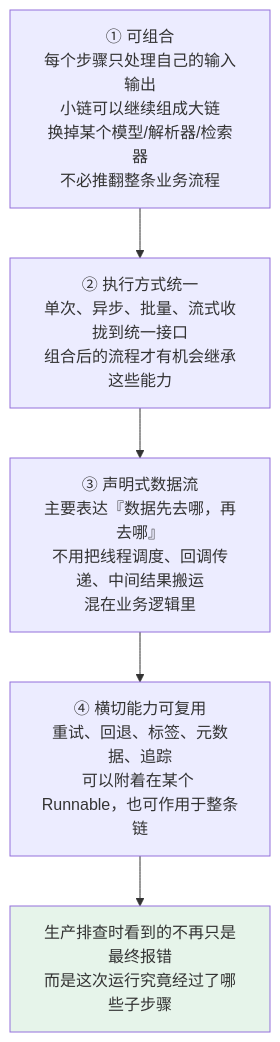
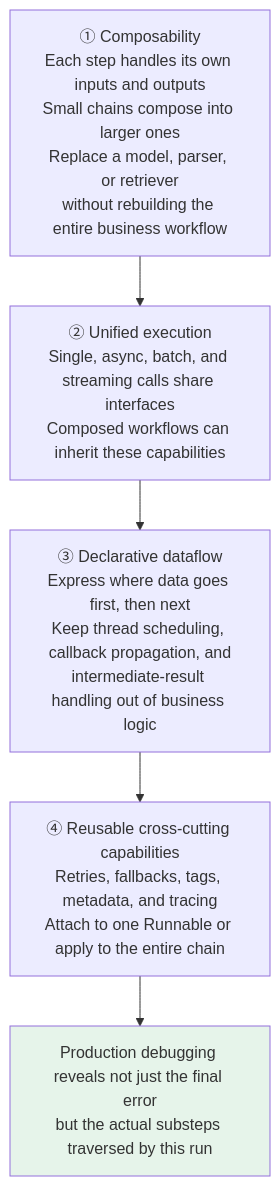
Before and after one commit to oneleaveknowsthefall/awesome-ai-roadmap: the second of 3 diagrams in docs/frameworks/01-langchain/01-foundations/02-chain-and-lcel.md, drawn with Mermaid. The commit also changed other lines of this file and 70 other files, not shown here.

````diff
--- a/docs/frameworks/01-langchain/01-foundations/02-chain-and-lcel.md
+++ b/docs/frameworks/01-langchain/01-foundations/02-chain-and-lcel.md
@@ -187,10 +191,10 @@
 ```mermaid
 flowchart TB
-    A["① 可组合<br/>每个步骤只处理自己的输入输出<br/>小链可以继续组成大链<br/>换掉某个模型/解析器/检索器<br/>不必推翻整条业务流程"]
-    A --> B["② 执行方式统一<br/>单次、异步、批量、流式收拢到统一接口<br/>组合后的流程才有机会继承这些能力"]
-    B --> C["③ 声明式数据流<br/>主要表达『数据先去哪，再去哪』<br/>不用把线程调度、回调传递、中间结果搬运<br/>混在业务逻辑里"]
-    C --> D["④ 横切能力可复用<br/>重试、回退、标签、元数据、追踪<br/>可以附着在某个 Runnable，也可作用于整条链"]
-    D --> E["生产排查时看到的不再只是最终报错<br/>而是这次运行究竟经过了哪些子步骤"]
+    A["① Composability<br/>Each step handles its own inputs and outputs<br/>Small chains compose into larger ones<br/>Replace a model, parser, or retriever<br/>without rebuilding the entire business workflow"]
+    A --> B["② Unified execution<br/>Single, async, batch, and streaming calls share interfaces<br/>Composed workflows can inherit these capabilities"]
+    B --> C["③ Declarative dataflow<br/>Express where data goes first, then next<br/>Keep thread scheduling, callback propagation, and<br/>intermediate-result handling out of business logic"]
+    C --> D["④ Reusable cross-cutting capabilities<br/>Retries, fallbacks, tags, metadata, and tracing<br/>Attach to one Runnable or apply to the entire chain"]
+    D --> E["Production debugging reveals not just the final error<br/>but the actual substeps traversed by this run"]
 
     style E fill:#e6f4ea
 ```
````
